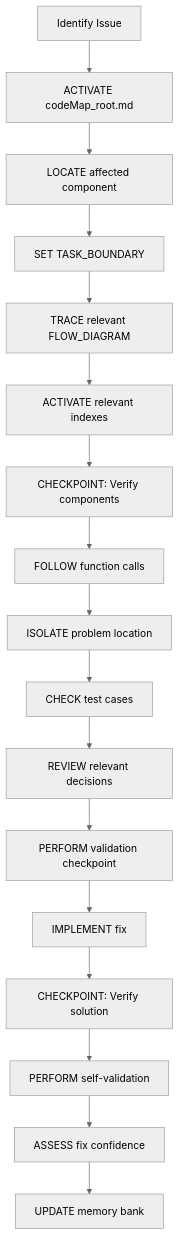
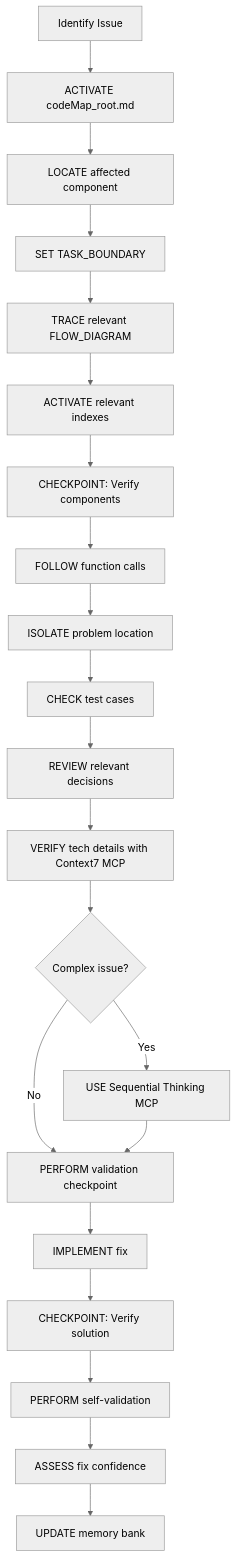
Before and after one commit to tejastechq/timezonepulse: the fifth of 7 diagrams in .cursor/rules/custom-instructions.mdc, drawn with Mermaid (neutral theme). The commit also changed other lines of this file and 3 other files, not shown here.

````diff
--- a/.cursor/rules/custom-instructions.mdc
+++ b/.cursor/rules/custom-instructions.mdc
@@ -732,19 +812,23 @@
 ```mermaid
 flowchart TD
     Start[Identify Issue] --> Activate[ACTIVATE codeMap_root.md]
     Activate --> Locate[LOCATE affected component]
     Locate --> Boundary[SET TASK_BOUNDARY]
     Boundary --> TraceFlow[TRACE relevant FLOW_DIAGRAM]
     TraceFlow --> LoadIndex[ACTIVATE relevant indexes]
     LoadIndex --> Checkpoint1[CHECKPOINT: Verify components]
     Checkpoint1 --> FollowCalls[FOLLOW function calls]
     FollowCalls --> Isolate[ISOLATE problem location]
     Isolate --> CheckTests[CHECK test cases]
     CheckTests --> ReviewDecisions[REVIEW relevant decisions]
-    ReviewDecisions --> ValidationCheck[PERFORM validation checkpoint]
+    ReviewDecisions --> TechVerify[VERIFY tech details with Context7 MCP]
+    TechVerify --> ComplexReason{Complex issue?}
+    ComplexReason -->|Yes| SeqThink[USE Sequential Thinking MCP]
+    ComplexReason -->|No| ValidationCheck[PERFORM validation checkpoint]
+    SeqThink --> ValidationCheck
     ValidationCheck --> Implement[IMPLEMENT fix]
     Implement --> Checkpoint2[CHECKPOINT: Verify solution]
     Checkpoint2 --> Validate[PERFORM self-validation]
     Validate --> AssessConfidence[ASSESS fix confidence]
     AssessConfidence --> UpdateDocs[UPDATE memory bank]
 ```
````
